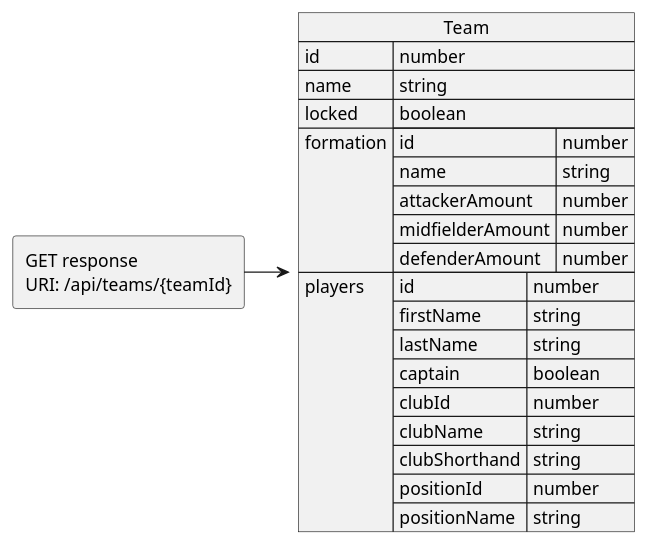
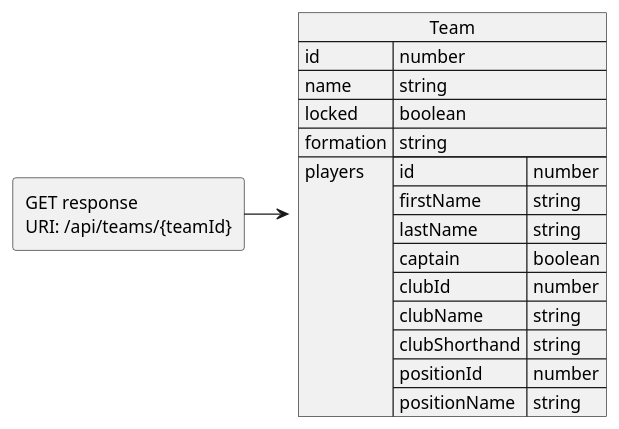
The diagram in docs/JSON Contracts/Responses/GetTeam.puml (JKMN-Projects/TeamTactics), drawn with PlantUML before and after one commit. The commit also changed 9 other files, not shown here.

```diff
--- a/docs/JSON Contracts/Responses/GetTeam.puml
+++ b/docs/JSON Contracts/Responses/GetTeam.puml
@@ -1,30 +1,24 @@
 @startuml Get team response
 allowmixing
 
 agent "GET response \nURI: /api/teams/{teamId}"
   json "Team" as J {
     "id": "number",
     "name": "string",
     "locked": "boolean",
-    "formation": {
-        "id": "number",
-        "name": "string",
-        "attackerAmount": "number",
-        "midfielderAmount": "number",
-        "defenderAmount": "number"
-    },
+    "formation": "string",
     "players": [{
         "id": "number",
         "firstName": "string",
         "lastName": "string",
         "captain": "boolean",
         "clubId": "number",
         "clubName": "string",
         "clubShorthand": "string",
         "positionId": "number",
         "positionName": "string"
     }]
   }
 
 "GET response \nURI: /api/teams/{teamId}" -> J 
 @enduml
```
